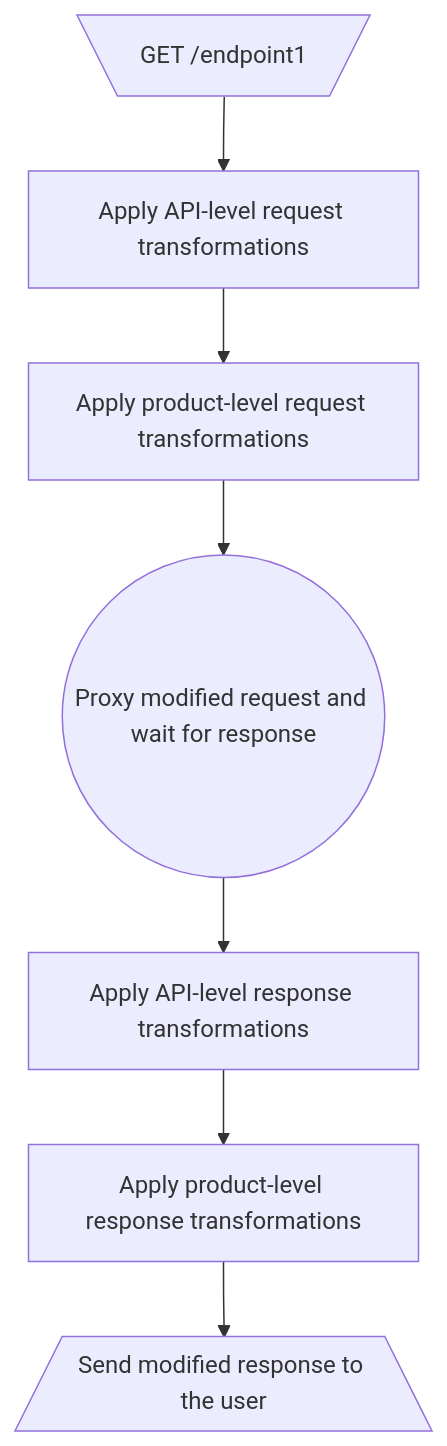
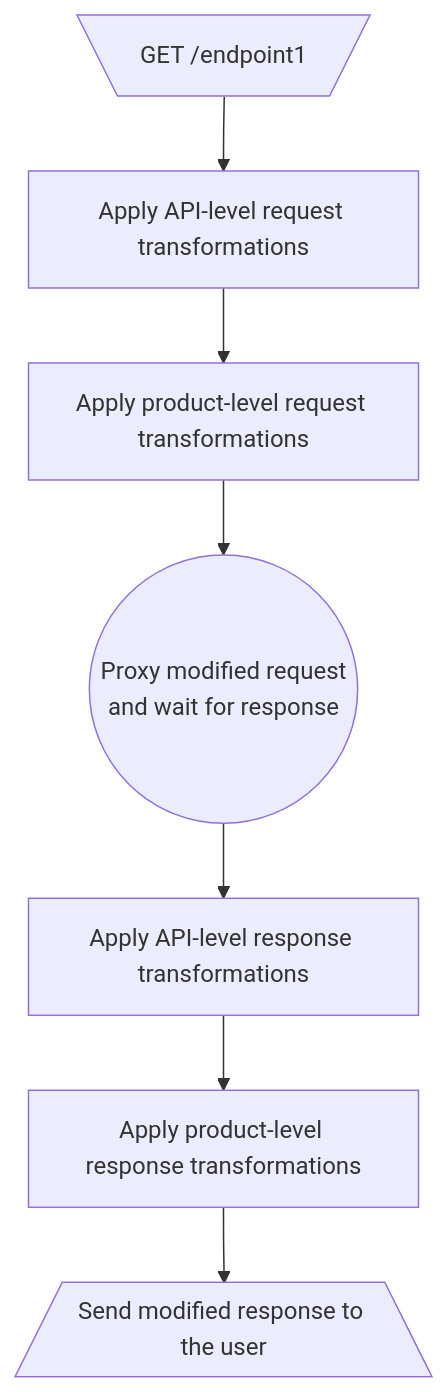
One commit to olschaefer/docs changed the diagram in api-management/transformations.mdx. Above: the diagram before and after it, drawn with Mermaid.

Commit message:
Documentation edits made through Mintlify web editor

````diff
--- a/api-management/transformations.mdx
+++ b/api-management/transformations.mdx
@@ -25,21 +25,22 @@
 ```mermaid
-  graph TD
-    input[\"GET /endpoint1"/]
+graph TD
+  input[\"GET /endpoint1"/]
 
-    apply_api_req_tfs[Apply API-level request transformations]
-    apply_product_req_tfs[Apply product-level request transformations]
+  apply_api_req_tfs[Apply API-level request transformations]
+  apply_product_req_tfs[Apply product-level request transformations]
 
-    proxy_and_wait(("Proxy modified request and wait for response"))
+  proxy_and_wait(("Proxy modified request
+  and wait for response"))
 
-    apply_api_resp_tfs[Apply API-level response transformations]
-    apply_product_resp_tfs[Apply product-level response transformations]
+  apply_api_resp_tfs[Apply API-level response transformations]
+  apply_product_resp_tfs[Apply product-level response transformations]
 
-    send_response[/Send modified response to the user\]
+  send_response[/Send modified response to the user\]
 
-    input --> apply_api_req_tfs
-    apply_api_req_tfs --> apply_product_req_tfs
-    apply_product_req_tfs --> proxy_and_wait
-    proxy_and_wait --> apply_api_resp_tfs
-    apply_api_resp_tfs --> apply_product_resp_tfs
-    apply_product_resp_tfs --> send_response
+  input --> apply_api_req_tfs
+  apply_api_req_tfs --> apply_product_req_tfs
+  apply_product_req_tfs --> proxy_and_wait
+  proxy_and_wait --> apply_api_resp_tfs
+  apply_api_resp_tfs --> apply_product_resp_tfs
+  apply_product_resp_tfs --> send_response
 ```
````
